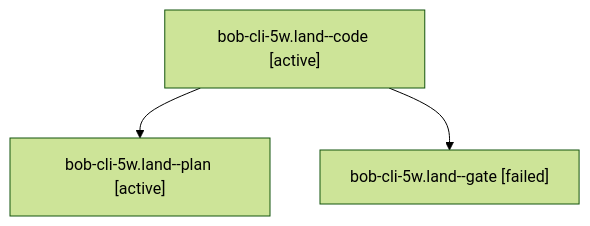
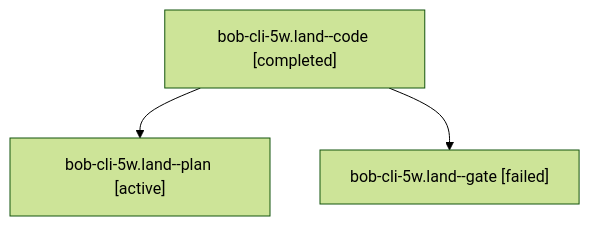
The diagram in sessions/bbugyi200.apollo.bob-cli-5w.land.md (bobs-org/bob-cli--agents), drawn with Mermaid (forest theme) before and after one commit. The commit also changed other lines of this file and 27 other files, not shown here.

````diff
--- a/sessions/bbugyi200.apollo.bob-cli-5w.land.md
+++ b/sessions/bbugyi200.apollo.bob-cli-5w.land.md
@@ -9,8 +9,8 @@
 ```mermaid
 flowchart TD
-  n0["bob-cli-5w.land--code [active]"]
+  n0["bob-cli-5w.land--code [completed]"]
   n1["bob-cli-5w.land--plan [active]"]
   n0 --> n1
   n2["bob-cli-5w.land--gate [failed]"]
   n0 --> n2
 ```
````
